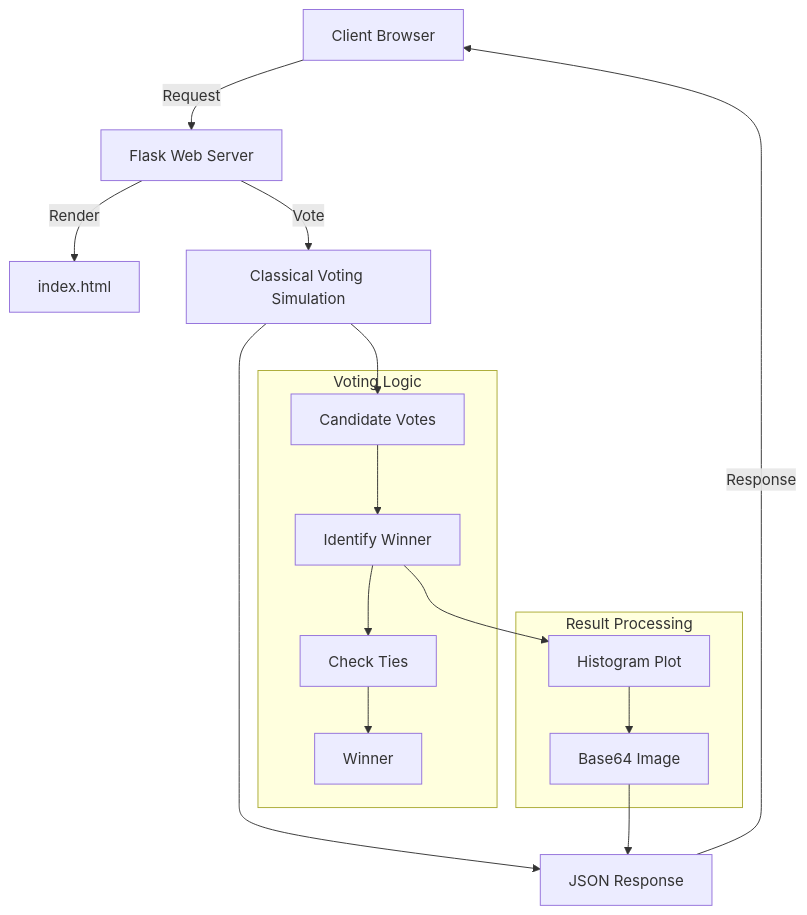
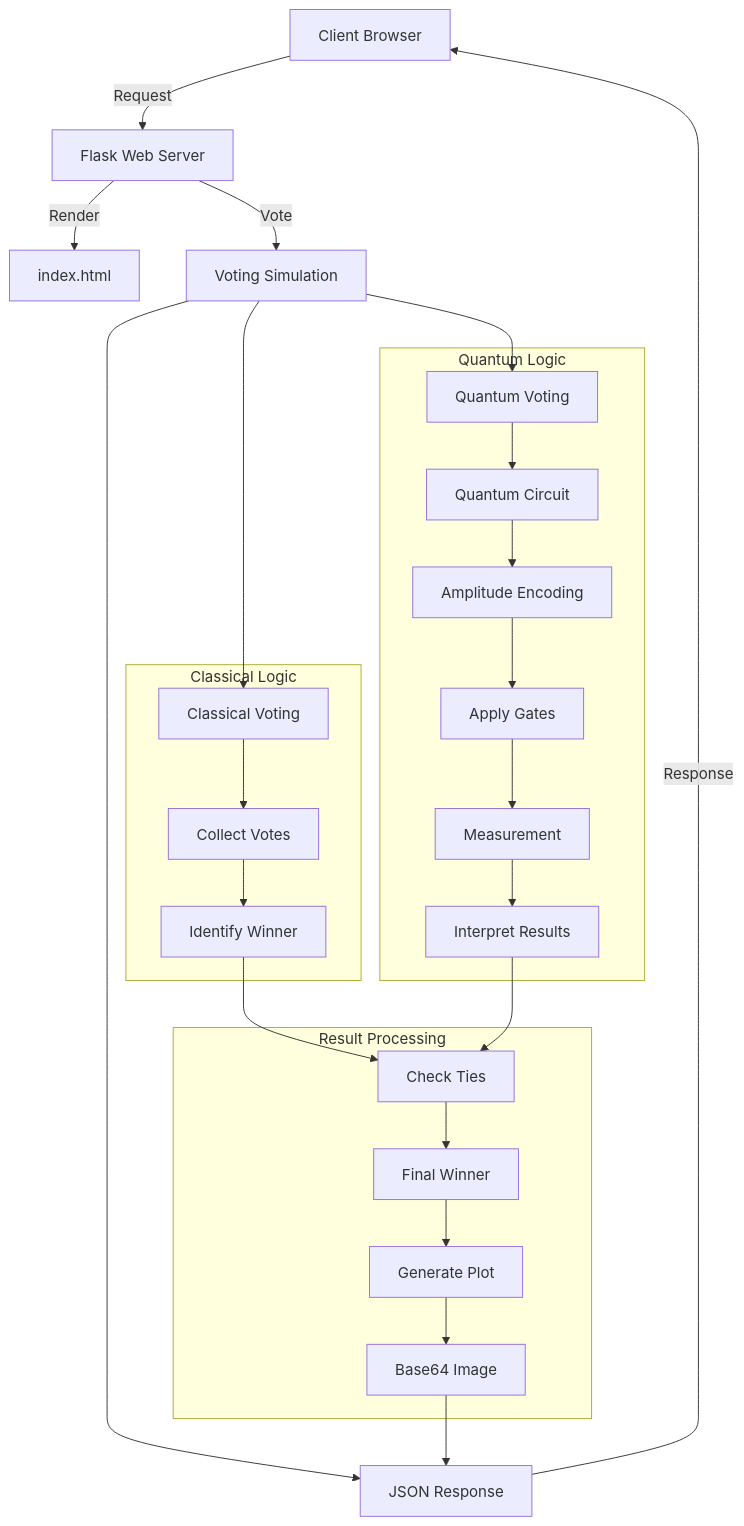
The diagram in README.md (vigneshs-dev/Q-Vote), drawn with Mermaid before and after one commit.

Commit message:
[skip deploy] Update mermaid Architecture in README.md file

````diff
--- a/README.md
+++ b/README.md
@@ -11,27 +11,49 @@
 ```mermaid
 graph TD
     A[Client Browser] -->|Request| B[Flask Web Server]
     B -->|Render| C[index.html]
-    B -->|Vote| D[Classical Voting Simulation]
-    D --> E[Candidate Votes]
-    E --> F[Identify Winner]
-    F --> G[Check Ties]
-    G --> H[Winner]
-    F --> I[Histogram Plot]
-    I --> J[Base64 Image]
-    D --> K[JSON Response]
-    J --> K
-    K -->|Response| A
+    B -->|Vote| D[Voting Simulation]
+    D --> E[Classical Voting]
+    D --> F[Quantum Voting]
     
-    subgraph Voting Logic
+    E --> G[Collect Votes]
+    G --> H[Identify Winner]
+    
+    F --> I[Quantum Circuit]
+    I --> J[Amplitude Encoding]
+    J --> K[Apply Gates]
+    K --> L[Measurement]
+    L --> M[Interpret Results]
+    
+    H --> N[Check Ties]
+    M --> N
+    N --> O[Final Winner]
+    
+    O --> P[Generate Plot]
+    P --> Q[Base64 Image]
+    D --> R[JSON Response]
+    Q --> R
+    R -->|Response| A
+    
+    subgraph Classical Logic
     E
-    F
     G
     H
     end
     
-    subgraph Result Processing
+    subgraph Quantum Logic
+    F
     I
     J
+    K
+    L
+    M
+    end
+    
+    subgraph Result Processing
+    N
+    O
+    P
+    Q
     end
 ```
````
